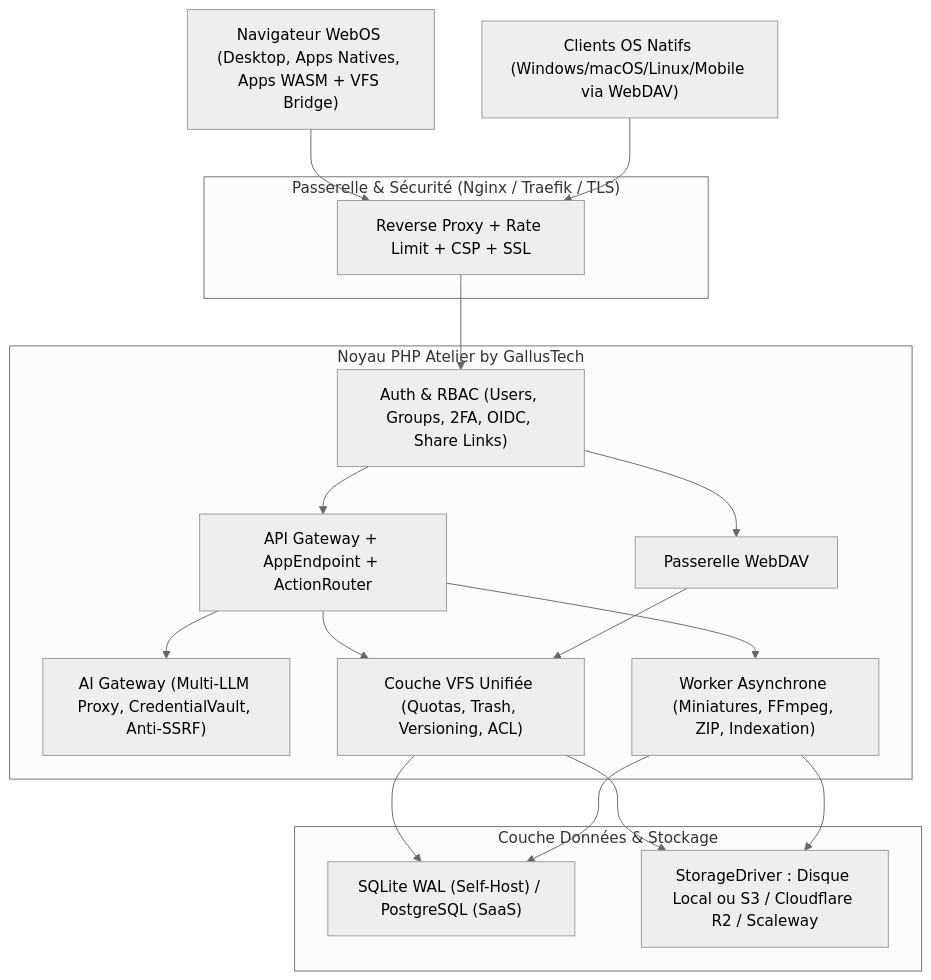
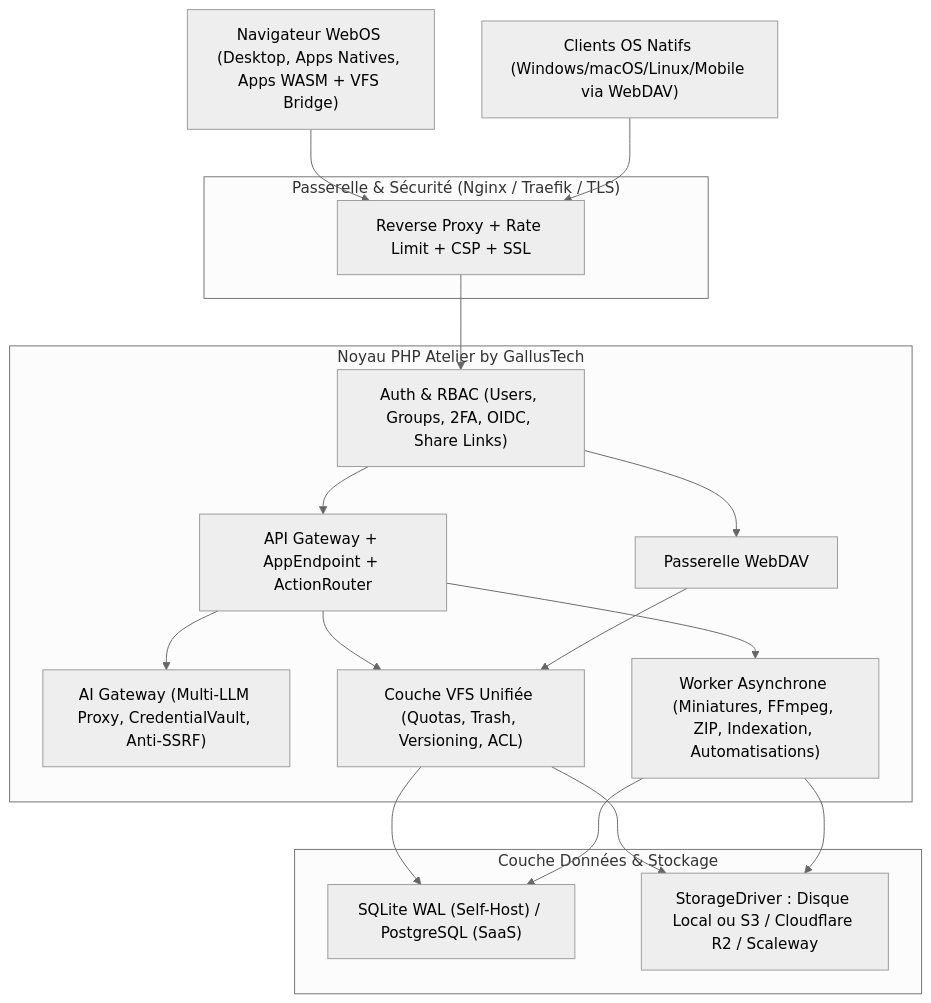
One commit to oktailb/Atelier changed the diagram in ROADMAP.md. Above: the diagram before and after it, drawn with Mermaid (neutral theme). The commit also changed other lines of this file and 2 other files, not shown here.

Commit message:
chore (docs): cleanup roadmap

````diff
--- a/ROADMAP.md
+++ b/ROADMAP.md
@@ -57,37 +28,37 @@
 ```mermaid
 flowchart TB
     Client["Navigateur WebOS (Desktop, Apps Natives, Apps WASM + VFS Bridge)"]
     OSClient["Clients OS Natifs (Windows/macOS/Linux/Mobile via WebDAV)"]
 
     subgraph Edge["Passerelle & Sécurité (Nginx / Traefik / TLS)"]
         Proxy["Reverse Proxy + Rate Limit + CSP + SSL"]
     end
 
     subgraph Kernel["Noyau PHP Atelier by GallusTech"]
         Auth["Auth & RBAC (Users, Groups, 2FA, OIDC, Share Links)"]
         Api["API Gateway + AppEndpoint + ActionRouter"]
         AiGw["AI Gateway (Multi-LLM Proxy, CredentialVault, Anti-SSRF)"]
         WebDav["Passerelle WebDAV"]
         Vfs["Couche VFS Unifiée (Quotas, Trash, Versioning, ACL)"]
-        Worker["Worker Asynchrone (Miniatures, FFmpeg, ZIP, Indexation)"]
+        Worker["Worker Asynchrone (Miniatures, FFmpeg, ZIP, Indexation, Automatisations)"]
     end
 
     subgraph Data["Couche Données & Stockage"]
         Db["SQLite WAL (Self-Host) / PostgreSQL (SaaS)"]
         Storage["StorageDriver : Disque Local ou S3 / Cloudflare R2 / Scaleway"]
     end
 
     Client --> Proxy
     OSClient --> Proxy
     Proxy --> Auth
     Auth --> Api
     Auth --> WebDav
     Api --> Vfs
     Api --> AiGw
     WebDav --> Vfs
     Api --> Worker
     Vfs --> Db
     Vfs --> Storage
     Worker --> Db
     Worker --> Storage
 ```
````
